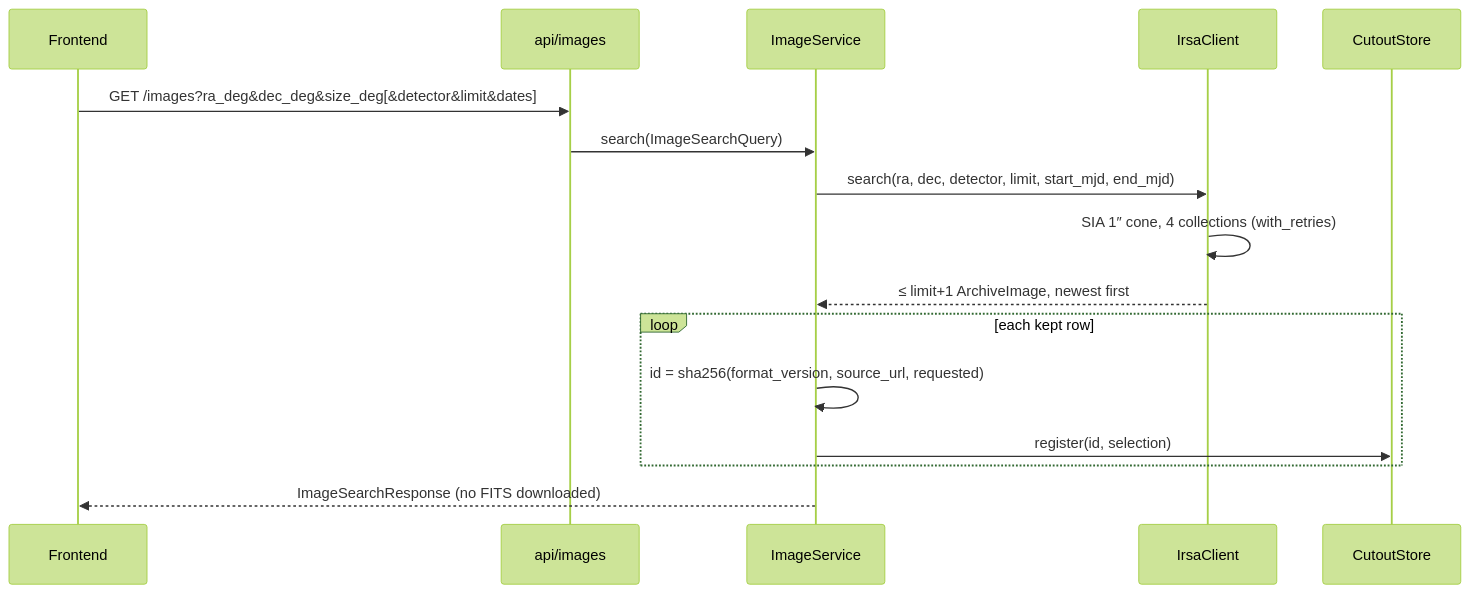
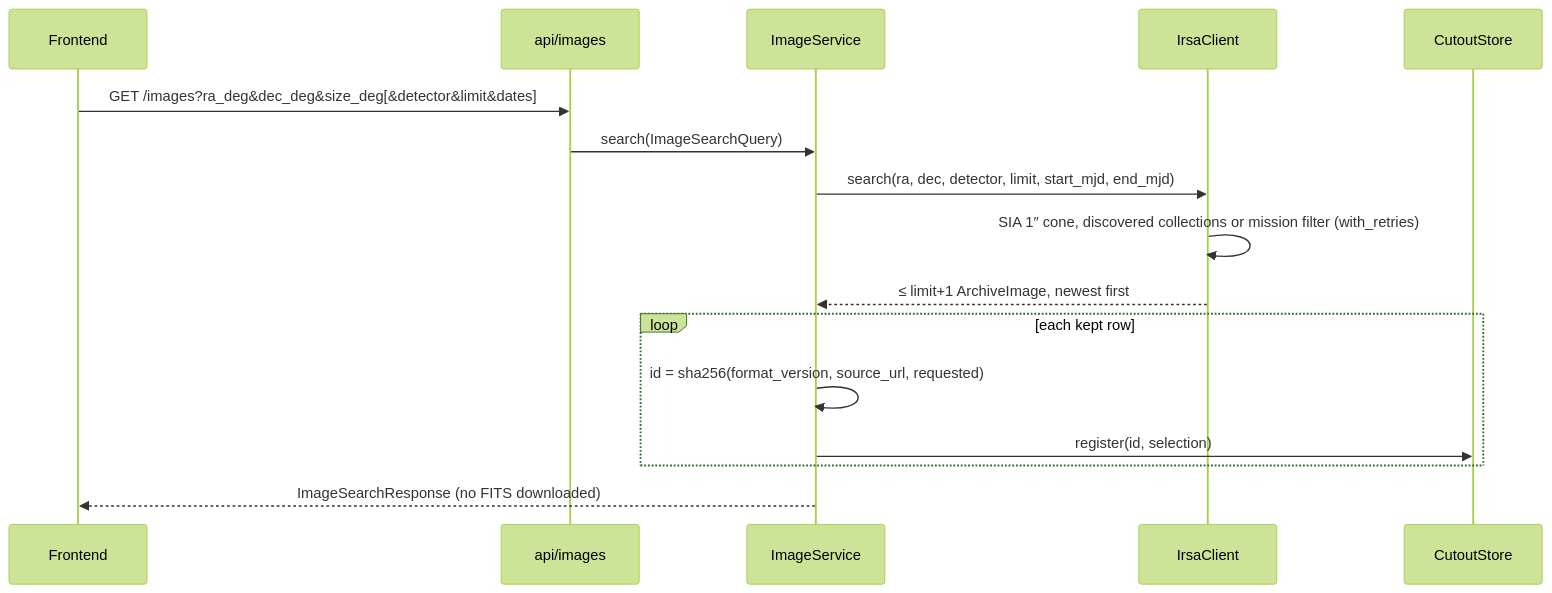
The second of 3 diagrams in docs/sdd/backend/design.md (CH4P3R/Astrea---Planet-X-and-SPHEREx), drawn with Mermaid (forest theme) before and after one commit. The commit also changed other lines of this file and 7 other files, not shown here.

````diff
--- a/docs/sdd/backend/design.md
+++ b/docs/sdd/backend/design.md
@@ -364,18 +368,18 @@
 ```mermaid
 sequenceDiagram
     participant F as Frontend
     participant A as api/images
     participant S as ImageService
     participant I as IrsaClient
     participant C as CutoutStore
     F->>A: GET /images?ra_deg&dec_deg&size_deg[&detector&limit&dates]
     A->>S: search(ImageSearchQuery)
     S->>I: search(ra, dec, detector, limit, start_mjd, end_mjd)
-    I->>I: SIA 1″ cone, 4 collections (with_retries)
+    I->>I: SIA 1″ cone, discovered collections or mission filter (with_retries)
     I-->>S: ≤ limit+1 ArchiveImage, newest first
     loop each kept row
         S->>S: id = sha256(format_version, source_url, requested)
         S->>C: register(id, selection)
     end
     S-->>F: ImageSearchResponse (no FITS downloaded)
 ```
````
